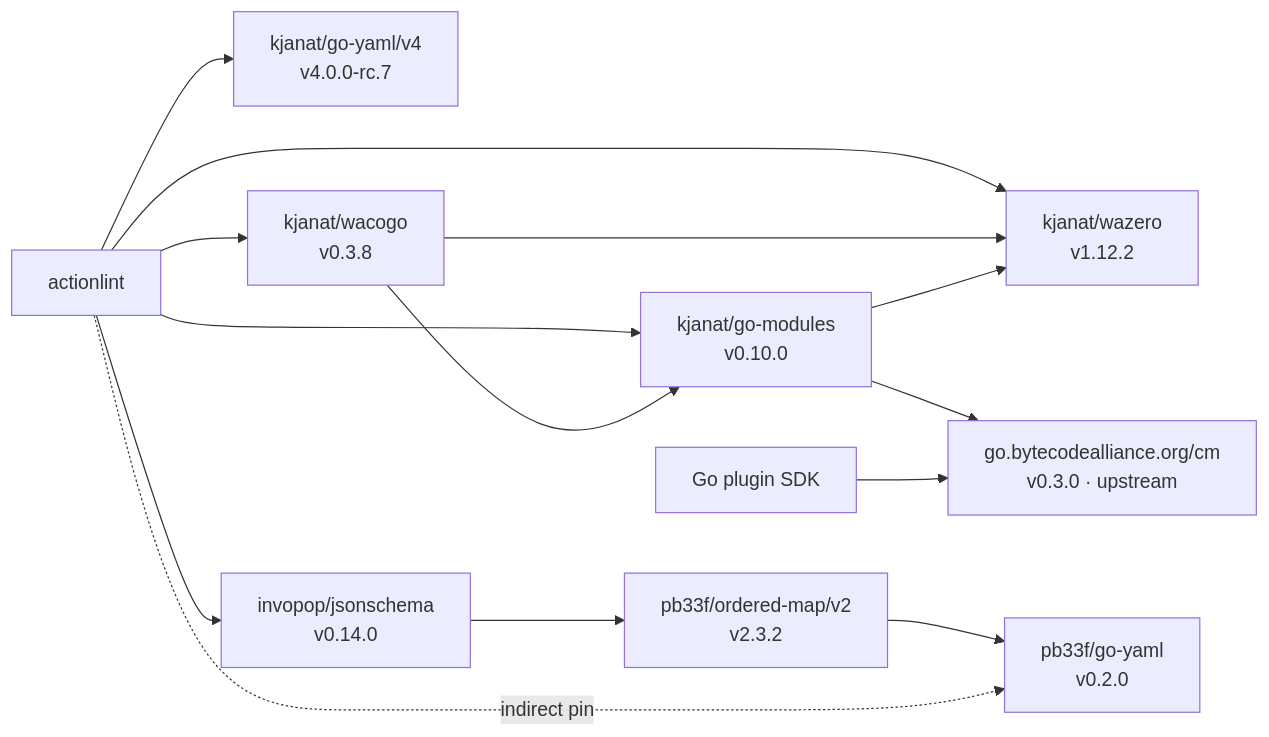
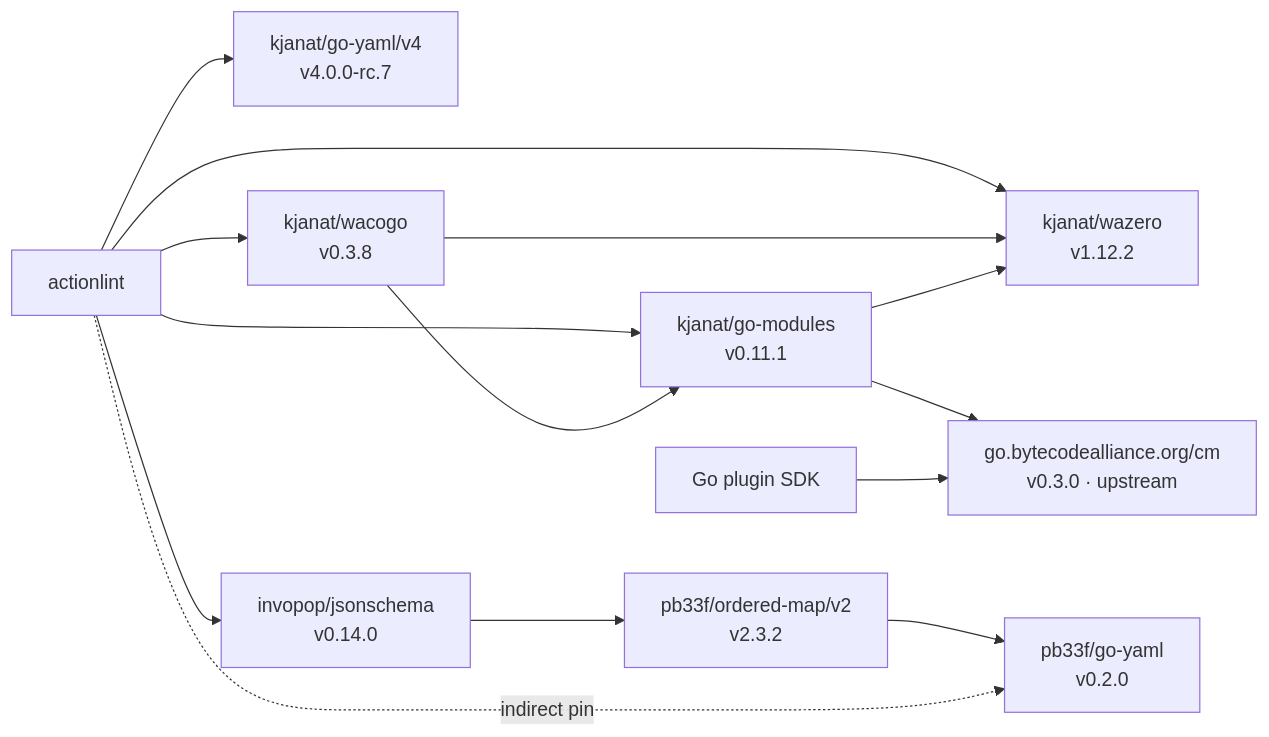
Before and after one commit to kjanat/actionlint: the diagram in docs/go-forks.md, drawn with Mermaid.

Commit message:
Set go-modules label to v0.11.1
wacogo v0.3.8 raises go.mod's github.com/kjanat/go-modules
requirement to v0.11.1.

````diff
--- a/docs/go-forks.md
+++ b/docs/go-forks.md
@@ -7,24 +7,24 @@
 ```mermaid
 flowchart LR
     %% renovate: depName=github.com/kjanat/go-yaml/v4
     A[actionlint] --> Y["kjanat/go-yaml/v4<br/>v4.0.0-rc.7"]
     %% renovate: depName=github.com/kjanat/wacogo
     A --> W["kjanat/wacogo<br/>v0.3.8"]
     %% renovate: depName=github.com/kjanat/wazero
     A --> Z["kjanat/wazero<br/>v1.12.2"]
     %% renovate: depName=github.com/kjanat/go-modules
-    A --> G["kjanat/go-modules<br/>v0.10.0"]
+    A --> G["kjanat/go-modules<br/>v0.11.1"]
     W --> G
     W --> Z
     G --> Z
     %% renovate: depName=go.bytecodealliance.org/cm
     G --> CM["go.bytecodealliance.org/cm<br/>v0.3.0 · upstream"]
     E[Go plugin SDK] --> CM
     %% renovate: depName=github.com/invopop/jsonschema
     A --> J["invopop/jsonschema<br/>v0.14.0"]
     %% renovate: depName=github.com/pb33f/ordered-map/v2
     J --> O["pb33f/ordered-map/v2<br/>v2.3.2"]
     %% renovate: depName=github.com/pb33f/go-yaml
     O --> P["pb33f/go-yaml<br/>v0.2.0"]
     A -. indirect pin .-> P
 ```
````
